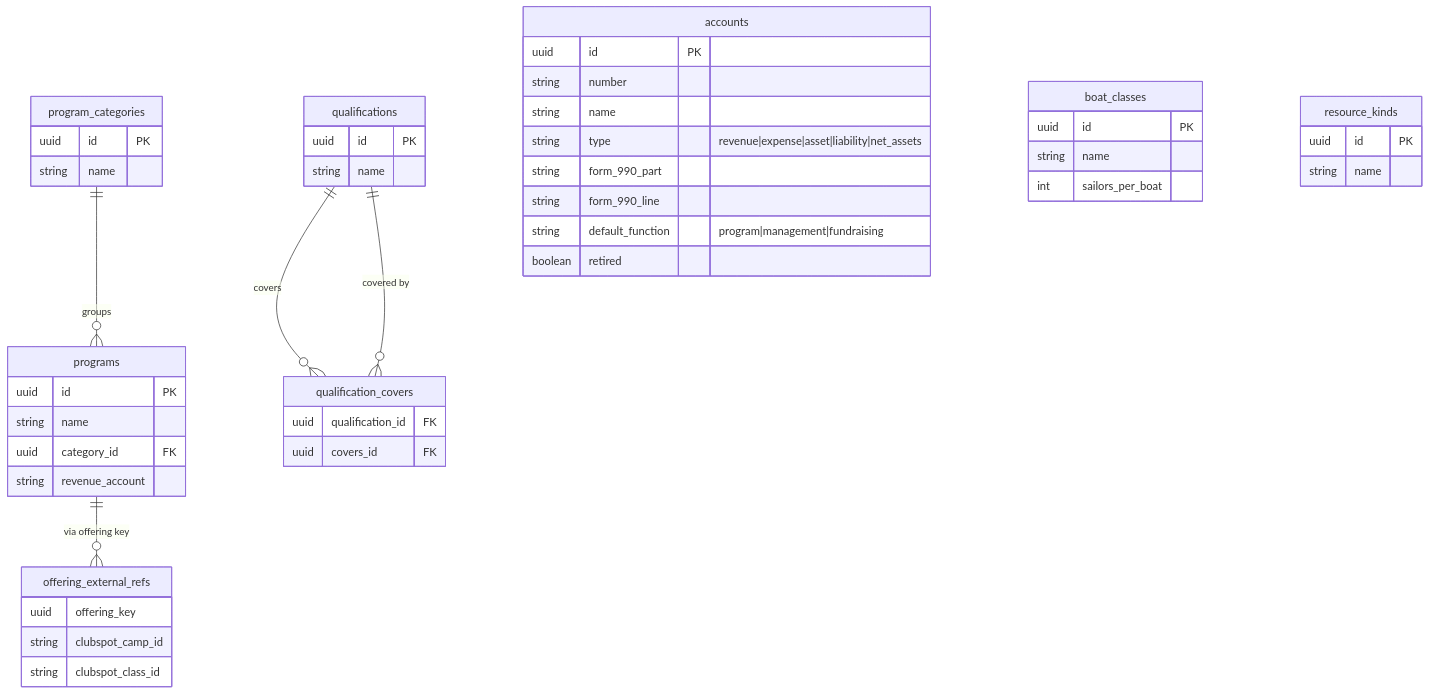
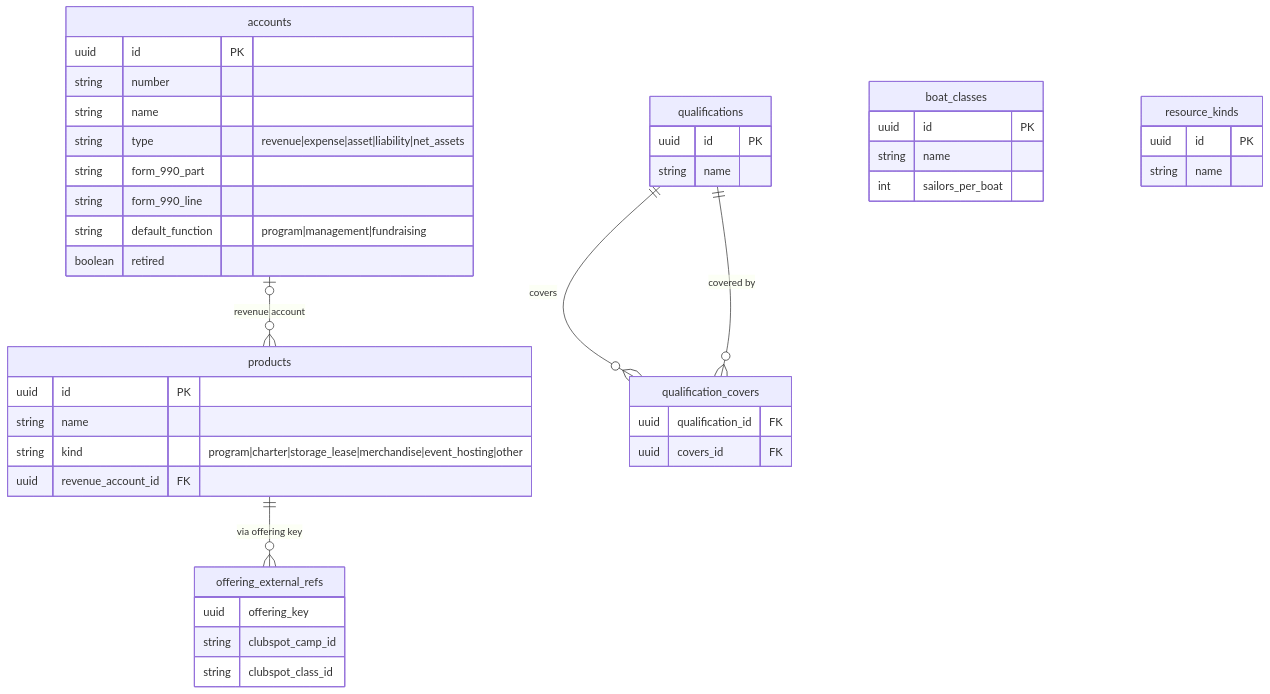
Before and after one commit to cyc-seattle/isthmia: the first of 5 diagrams in docs/planning-schema.md, drawn with Mermaid. The commit also changed other lines of this file, not shown here.

Commit message:
docs: rename planning terms to product, offering, activity block, cost center, plan and version set

````diff
--- a/docs/planning-schema.md
+++ b/docs/planning-schema.md
@@ -26,50 +34,46 @@
 ```mermaid
 erDiagram
-    program_categories ||--o{ programs : groups
-    programs ||--o{ offering_external_refs : "via offering key"
+    products ||--o{ offering_external_refs : "via offering key"
+    accounts |o--o{ products : "revenue account"
     qualifications ||--o{ qualification_covers : covers
     qualifications ||--o{ qualification_covers : "covered by"
 
-    program_categories {
+    products {
         uuid id PK
         string name
-    }
-    programs {
-        uuid id PK
-        string name
-        uuid category_id FK
-        string revenue_account
+        string kind "program|charter|storage_lease|merchandise|event_hosting|other"
+        uuid revenue_account_id FK
     }
     accounts {
         uuid id PK
         string number
         string name
         string type "revenue|expense|asset|liability|net_assets"
         string form_990_part
         string form_990_line
         string default_function "program|management|fundraising"
         boolean retired
     }
     qualifications {
         uuid id PK
         string name
     }
     qualification_covers {
         uuid qualification_id FK
         uuid covers_id FK
     }
     boat_classes {
         uuid id PK
         string name
         int sailors_per_boat
     }
     resource_kinds {
         uuid id PK
         string name
     }
     offering_external_refs {
         uuid offering_key
         string clubspot_camp_id
         string clubspot_class_id
     }
 ```
````
